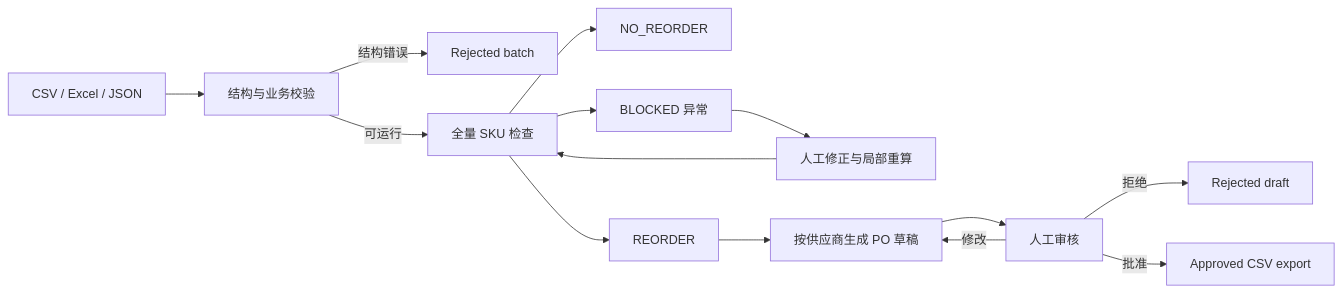
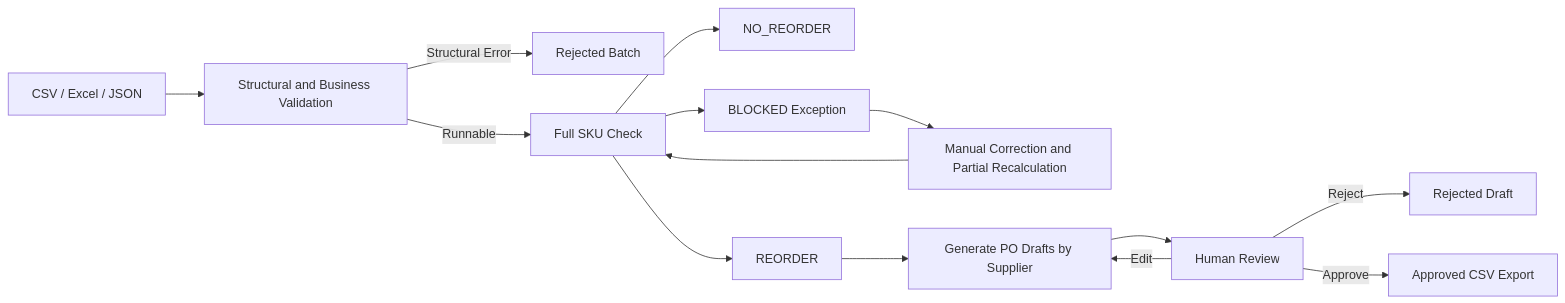
One commit to ruiyifan0114-design/Agent-for-SME-purchase-order-preparation- changed the diagram in readme.md. Above: the diagram before and after it, drawn with Mermaid. The commit also changed other lines of this file, not shown here.

````diff
--- a/readme.md
+++ b/readme.md
@@ -89,16 +89,16 @@
 ```mermaid
 flowchart LR
-    A[CSV / Excel / JSON] --> B[结构与业务校验]
-    B -->|结构错误| C[Rejected batch]
-    B -->|可运行| D[全量 SKU 检查]
-    D --> E[NO_REORDER]
-    D --> F[BLOCKED 异常]
-    F --> G[人工修正与局部重算]
-    G --> D
-    D --> H[REORDER]
-    H --> I[按供应商生成 PO 草稿]
-    I --> J[人工审核]
-    J -->|修改| I
-    J -->|拒绝| K[Rejected draft]
-    J -->|批准| L[Approved CSV export]
+    A[CSV / Excel / JSON] --> B[Structural and Business Validation]  
+    B -->|Structural Error| C[Rejected Batch]  
+    B -->|Runnable| D[Full SKU Check]  
+    D --> E[NO_REORDER]  
+    D --> F[BLOCKED Exception]  
+    F --> G[Manual Correction and Partial Recalculation]  
+    G --> D  
+    D --> H[REORDER]  
+    H --> I[Generate PO Drafts by Supplier]  
+    I --> J[Human Review]  
+    J -->|Edit| I  
+    J -->|Reject| K[Rejected Draft]  
+    J -->|Approve| L[Approved CSV Export]
 ```
````
